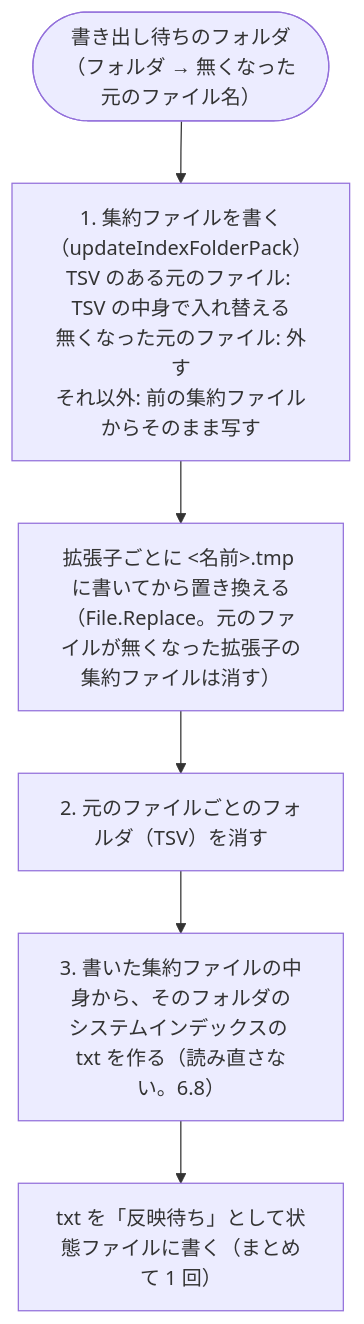
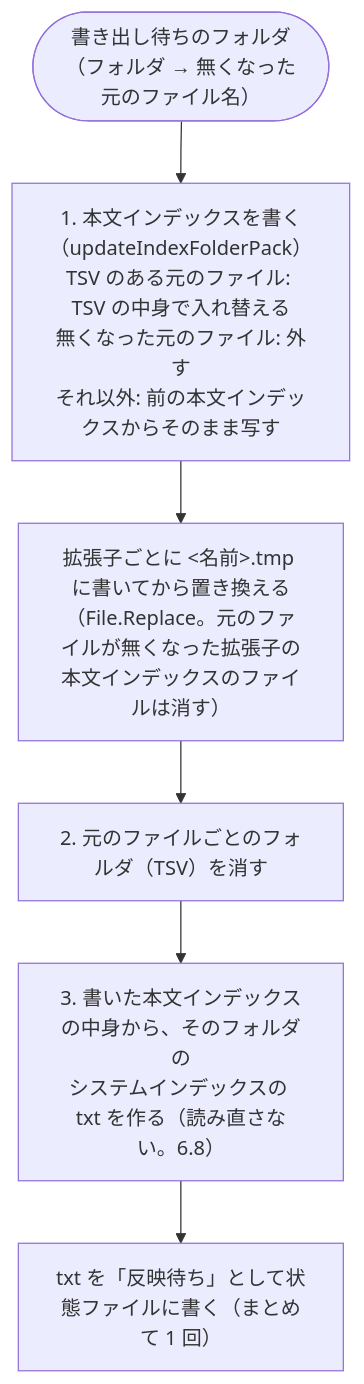
Before and after one commit to hsgwa/tebunko: the diagram in docs/design/indexer/index-format.md, drawn with Mermaid. The commit also changed other lines of this file and 27 other files, not shown here.

````diff
--- a/docs/design/indexer/index-format.md
+++ b/docs/design/indexer/index-format.md
@@ -111,8 +111,8 @@
 ```mermaid
 flowchart TD
-    P(["書き出し待ちのフォルダ<br>（フォルダ → 無くなった元のファイル名）"]) --> A["1. 集約ファイルを書く（updateIndexFolderPack）<br>TSV のある元のファイル: TSV の中身で入れ替える<br>無くなった元のファイル: 外す<br>それ以外: 前の集約ファイルからそのまま写す"]
-    A --> B["拡張子ごとに #lt;名前#gt;.tmp に書いてから置き換える<br>（File.Replace。元のファイルが無くなった拡張子の集約ファイルは消す）"]
+    P(["書き出し待ちのフォルダ<br>（フォルダ → 無くなった元のファイル名）"]) --> A["1. 本文インデックスを書く（updateIndexFolderPack）<br>TSV のある元のファイル: TSV の中身で入れ替える<br>無くなった元のファイル: 外す<br>それ以外: 前の本文インデックスからそのまま写す"]
+    A --> B["拡張子ごとに #lt;名前#gt;.tmp に書いてから置き換える<br>（File.Replace。元のファイルが無くなった拡張子の本文インデックスのファイルは消す）"]
     B --> C["2. 元のファイルごとのフォルダ（TSV）を消す"]
-    C --> D["3. 書いた集約ファイルの中身から、そのフォルダの<br>システムインデックスの txt を作る（読み直さない。6.8）"]
+    C --> D["3. 書いた本文インデックスの中身から、そのフォルダの<br>システムインデックスの txt を作る（読み直さない。6.8）"]
     D --> E["txt を「反映待ち」として状態ファイルに書く（まとめて 1 回）"]
 ```
````
